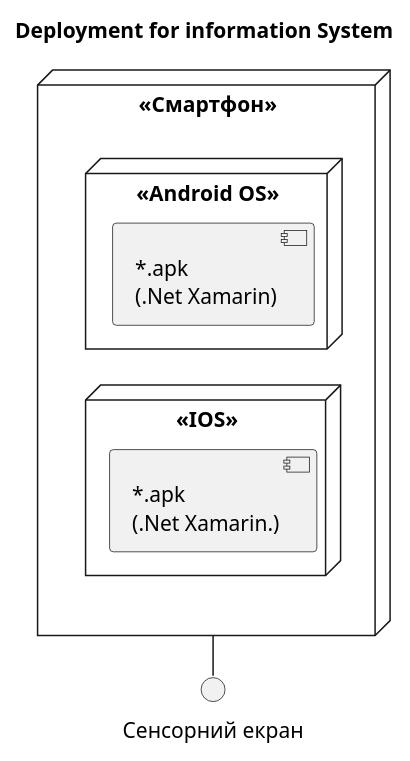
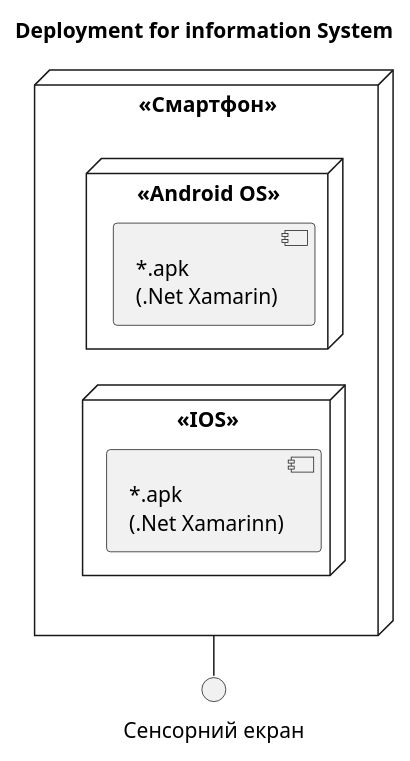
Before and after one commit to oleksandrblazhko/nai205-shostak: the diagram in 2-SoftwareDesign/2.7-PlantUML/UML-Deployment.puml, drawn with PlantUML.

```diff
--- a/2-SoftwareDesign/2.7-PlantUML/UML-Deployment.puml
+++ b/2-SoftwareDesign/2.7-PlantUML/UML-Deployment.puml
@@ -1,20 +1,20 @@
 @startuml uml2
 
 title Deployment for information System
 
 left to right direction
 
 node "<< Смартфон >>" as sm {
   node "<< Android OS >>" {
     component [~*.apk\n(.Net Xamarin)]
   }
   node "<< IOS >>" {
-    component [~*.apk\n(.Net Xamarin.)]
+    component [~*.apk\n(.Net Xamarinn)]
   }
 }
 
 interface "Сенсорний екран" as sn
 
 sn - sm
 
 @enduml
```
